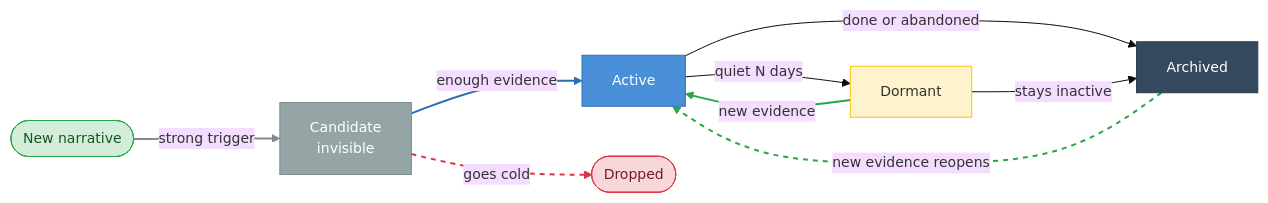
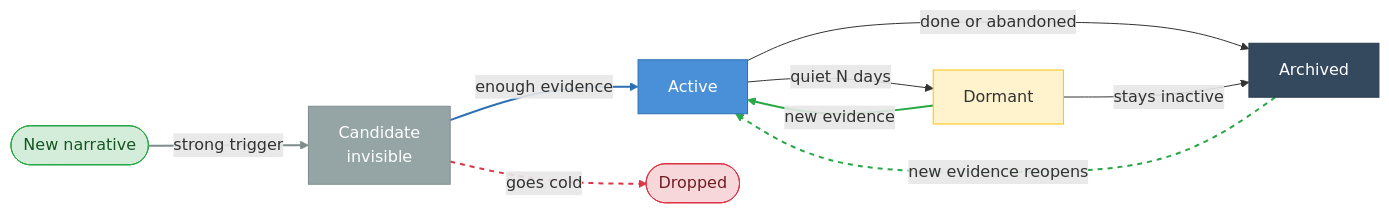
One commit to alex-oleshkevich/dailydrift changed the first of 2 diagrams in specs/storylines.md. Above: the diagram before and after it, drawn with Mermaid. The commit also changed other lines of this file and 44 other files, not shown here.

````diff
--- a/specs/storylines.md
+++ b/specs/storylines.md
@@ -190,32 +190,31 @@
 ```mermaid
-%%{init: {'theme': 'base', 'themeVariables': {'fontSize': '14px'}}}%%
 flowchart LR
     classDef seed fill:#D4EDDA,stroke:#28A745,color:#155724
     classDef candidate fill:#95A5A6,stroke:#7F8C8D,color:#fff
     classDef active fill:#4A90D9,stroke:#2C6FB5,color:#fff
     classDef dormant fill:#FFF3CD,stroke:#FFC107,color:#333
     classDef archived fill:#34495E,stroke:#2C3E50,color:#fff
     classDef dropped fill:#F8D7DA,stroke:#DC3545,color:#721C24
 
     SEED(["New narrative"]):::seed
-    CAND["Candidate\ninvisible"]:::candidate
+    CAND["Candidate<br/>invisible"]:::candidate
     ACT["Active"]:::active
     DORM["Dormant"]:::dormant
     ARCH["Archived"]:::archived
     DROP(["Dropped"]):::dropped
 
     SEED -->|"strong trigger"| CAND
     CAND -->|"enough evidence"| ACT
     CAND -.->|"goes cold"| DROP
     ACT -->|"quiet N days"| DORM
     ACT -->|"done or abandoned"| ARCH
     DORM -->|"new evidence"| ACT
     DORM -->|"stays inactive"| ARCH
     ARCH -.->|"new evidence reopens"| ACT
 
     linkStyle 0 stroke:#7F8C8D,stroke-width:2px
     linkStyle 1 stroke:#2C6FB5,stroke-width:2px
     linkStyle 2 stroke:#DC3545,stroke-width:2px,stroke-dasharray:5 5
     linkStyle 5 stroke:#28A745,stroke-width:2px
     linkStyle 7 stroke:#28A745,stroke-width:2px,stroke-dasharray:5 5
 ```
````
